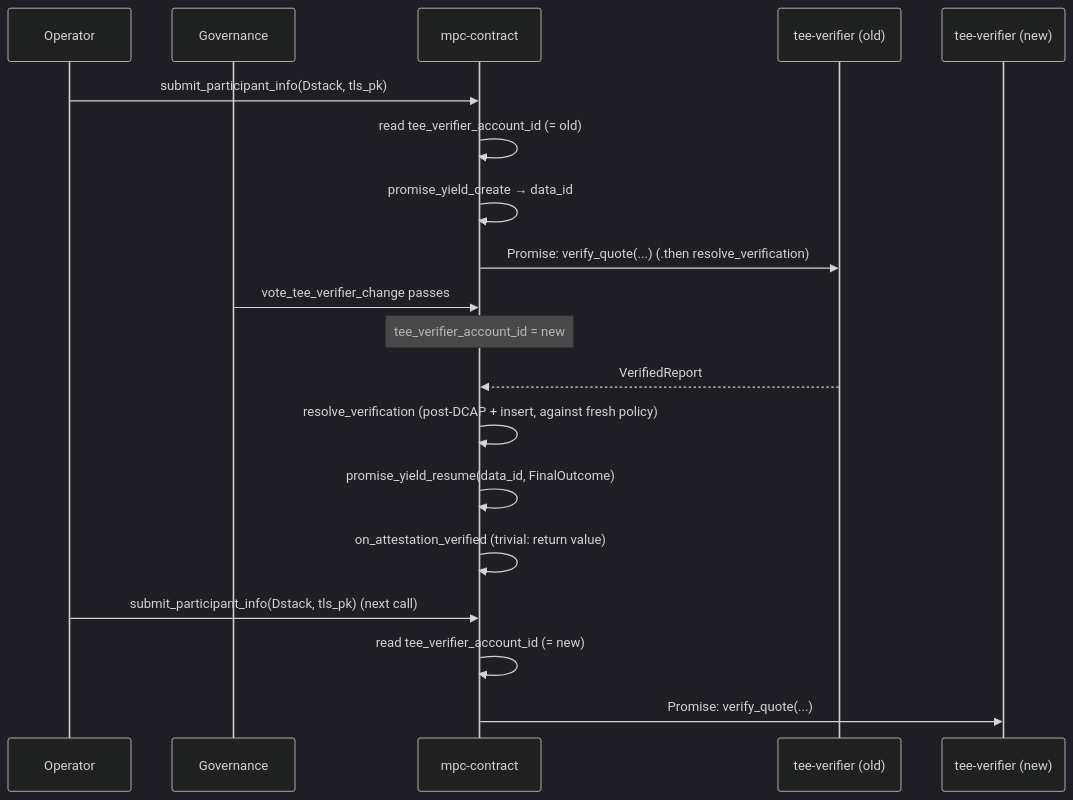
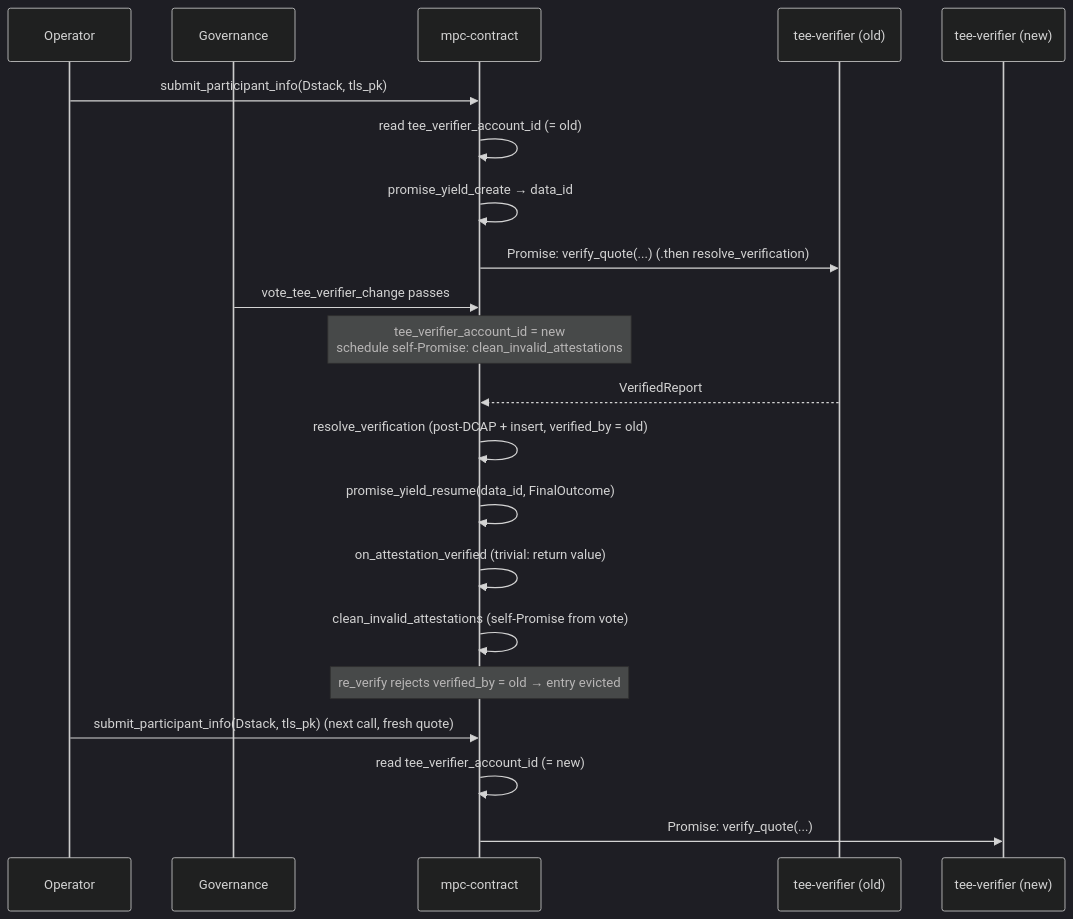
The sixth of 6 diagrams in docs/design/attestation-verifier-contract.md (near/mpc), drawn with Mermaid (dark theme) before and after one commit. The commit also changed other lines of this file, not shown here.

First line of the commit message:
docs(design): align voting-flow diagram, state comment, and testing notes with verified_by

````diff
--- a/docs/design/attestation-verifier-contract.md
+++ b/docs/design/attestation-verifier-contract.md
@@ -336,25 +338,28 @@
 ```mermaid
 sequenceDiagram
     participant Op as Operator
     participant Gov as Governance
     participant MPC as mpc-contract
     participant VerOld as tee-verifier (old)
     participant VerNew as tee-verifier (new)
 
     Op->>MPC: submit_participant_info(Dstack, tls_pk)
     MPC->>MPC: read tee_verifier_account_id (= old)
     MPC->>MPC: promise_yield_create → data_id
     MPC->>VerOld: Promise: verify_quote(...) (.then resolve_verification)
 
     Gov->>MPC: vote_tee_verifier_change passes
-    Note over MPC: tee_verifier_account_id = new
+    Note over MPC: tee_verifier_account_id = new<br/>schedule self-Promise: clean_invalid_attestations
 
     VerOld-->>MPC: VerifiedReport
-    MPC->>MPC: resolve_verification (post-DCAP + insert, against fresh policy)
+    MPC->>MPC: resolve_verification (post-DCAP + insert, verified_by = old)
     MPC->>MPC: promise_yield_resume(data_id, FinalOutcome)
     MPC->>MPC: on_attestation_verified (trivial: return value)
 
-    Op->>MPC: submit_participant_info(Dstack, tls_pk) (next call)
+    MPC->>MPC: clean_invalid_attestations (self-Promise from vote)
+    Note over MPC: re_verify rejects verified_by = old → entry evicted
+
+    Op->>MPC: submit_participant_info(Dstack, tls_pk) (next call, fresh quote)
     MPC->>MPC: read tee_verifier_account_id (= new)
     MPC->>VerNew: Promise: verify_quote(...)
 ```
````
